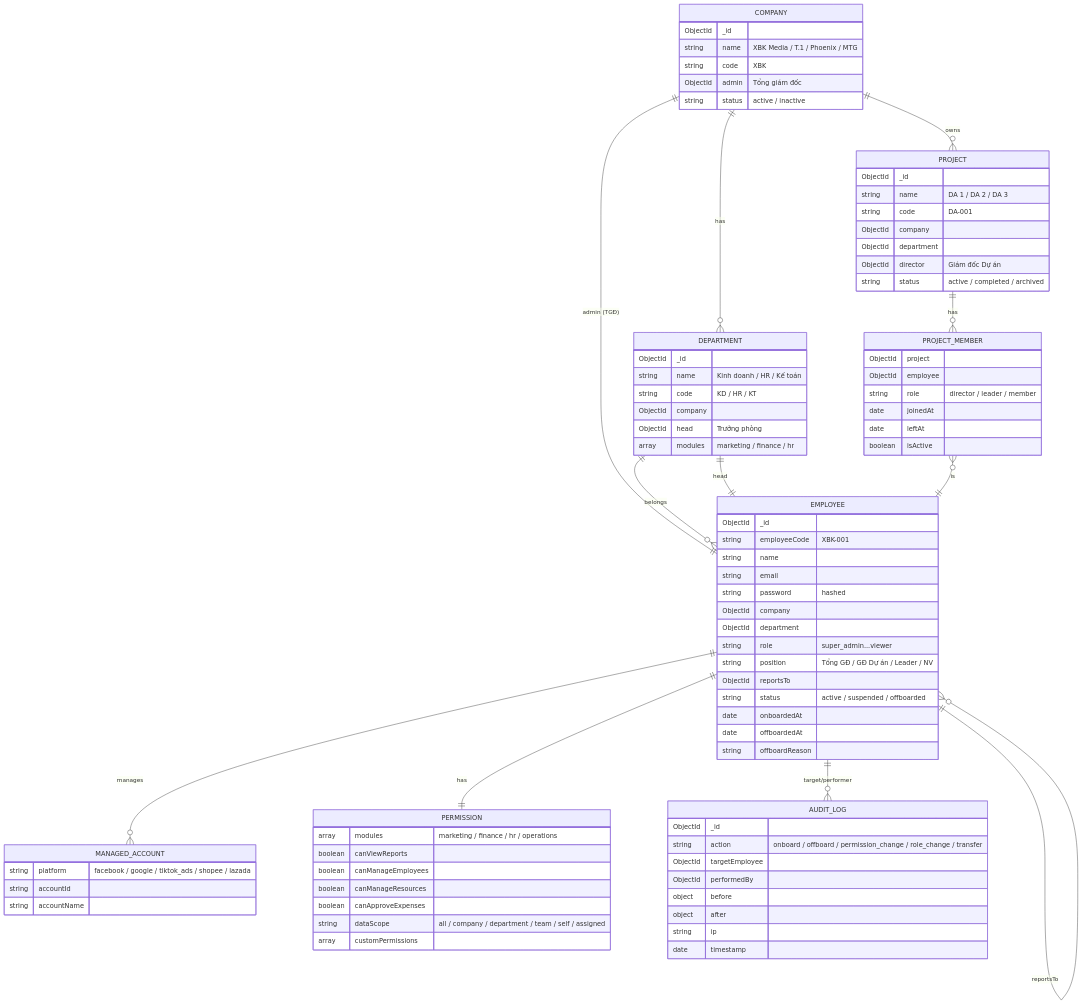
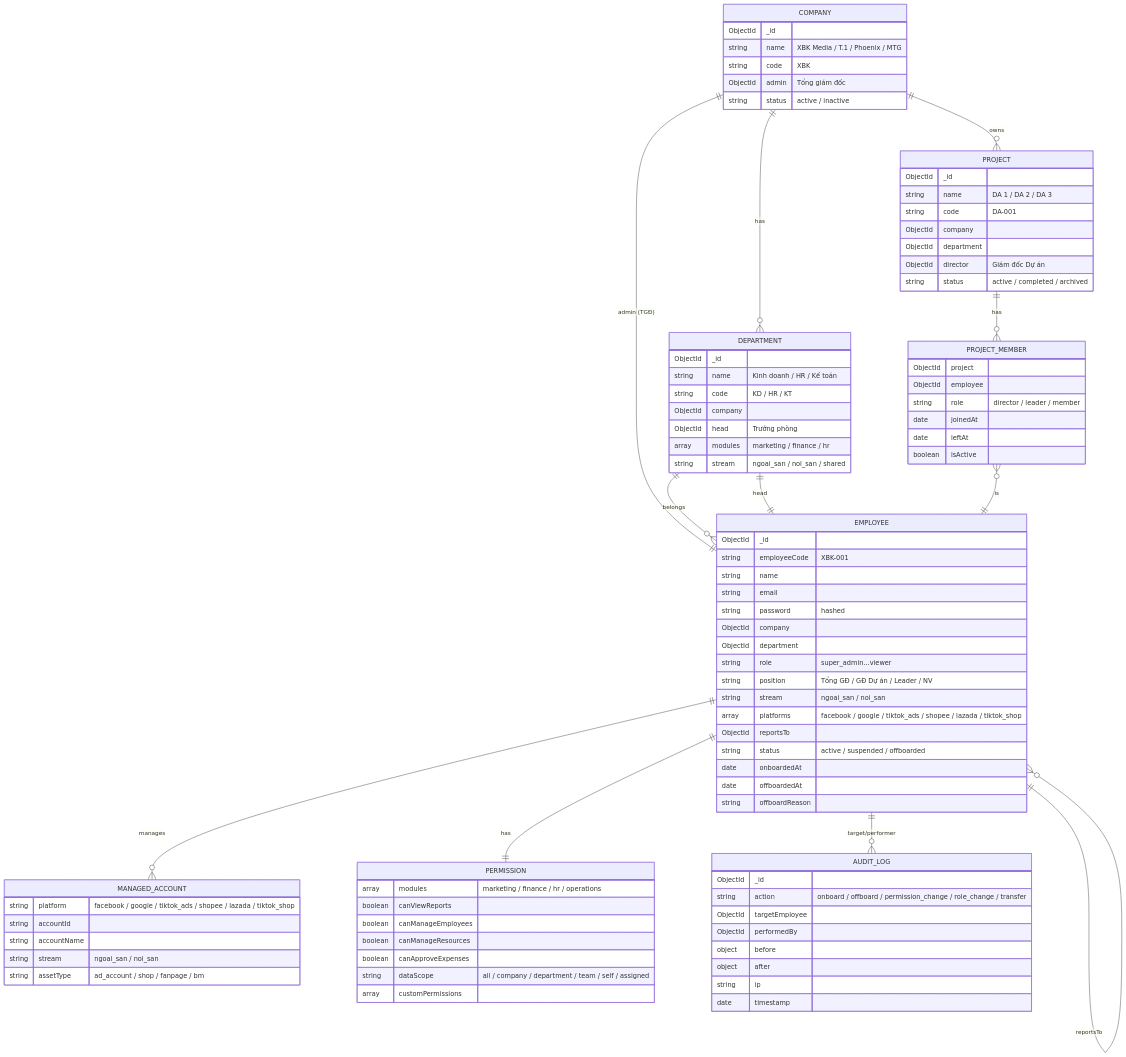
One commit to cucucha113-dotcom/Xcap-Management-Platform changed the first of 9 diagrams in docs/system-diagrams/account_system_diagram.md. Above: the diagram before and after it, drawn with Mermaid. The commit also changed other lines of this file and 2 other files, not shown here.

First line of the commit message:
📐 Redesign ALL system diagrams — Ngoại sàn / Nội sàn

````diff
--- a/docs/system-diagrams/account_system_diagram.md
+++ b/docs/system-diagrams/account_system_diagram.md
@@ -42,6 +42,7 @@
         ObjectId company
         ObjectId head "Trưởng phòng"
         array modules "marketing / finance / hr"
+        string stream "ngoai_san / noi_san / shared"
     }
     
     PROJECT {
@@ -73,6 +74,8 @@
         ObjectId department
         string role "super_admin...viewer"
         string position "Tổng GĐ / GĐ Dự án / Leader / NV"
+        string stream "ngoai_san / noi_san"
+        array platforms "facebook / google / tiktok_ads / shopee / lazada / tiktok_shop"
         ObjectId reportsTo
         string status "active / suspended / offboarded"
         date onboardedAt
@@ -102,8 +105,10 @@
     }
     
     MANAGED_ACCOUNT {
-        string platform "facebook / google / tiktok_ads / shopee / lazada"
+        string platform "facebook / google / tiktok_ads / shopee / lazada / tiktok_shop"
         string accountId
         string accountName
+        string stream "ngoai_san / noi_san"
+        string assetType "ad_account / shop / fanpage / bm"
     }
 ```
````
